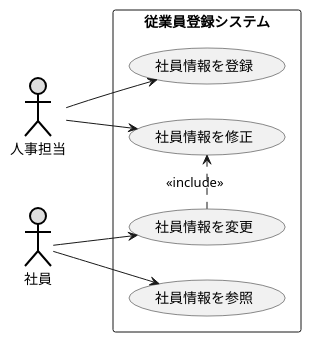
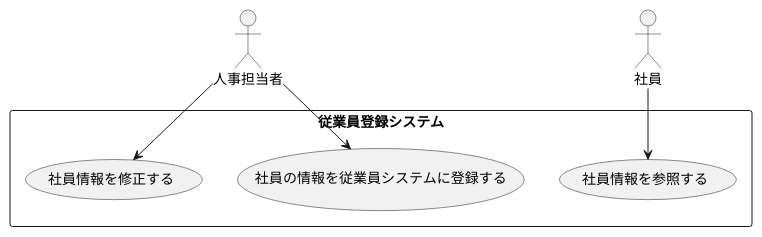
Before and after one commit to Yamamoto0818/uml-intro: the diagram in 演習2-6_盛岡システム_従業員登録システム.pu, drawn with PlantUML.

Commit message:
課題

```diff
--- a/演習2-6_盛岡システム_従業員登録システム.pu
+++ b/演習2-6_盛岡システム_従業員登録システム.pu
@@ -1,16 +1,12 @@
 @startuml ユースケース図
-left to right direction
-actor 社員 #DDDDDD;line:black;line.bold;
-actor 人事担当 #DDDDDD;line:black;line.bold;
+actor 人事担当者
+actor 社員
 rectangle 従業員登録システム{
-    usecase 社員情報を登録
-    usecase 社員情報を参照
-    usecase 社員情報を変更
-    usecase 社員情報を修正
+    usecase 社員の情報を従業員システムに登録する
+    usecase 社員情報を参照する
+    usecase 社員情報を修正する
 }
-人事担当->社員情報を登録
-人事担当-->社員情報を修正
-社員-->社員情報を参照
-社員-->社員情報を変更
-社員情報を変更.>社員情報を修正:<<include>>
+人事担当者-->社員の情報を従業員システムに登録する
+人事担当者-->社員情報を修正する
+社員-->社員情報を参照する
 @enduml
```
